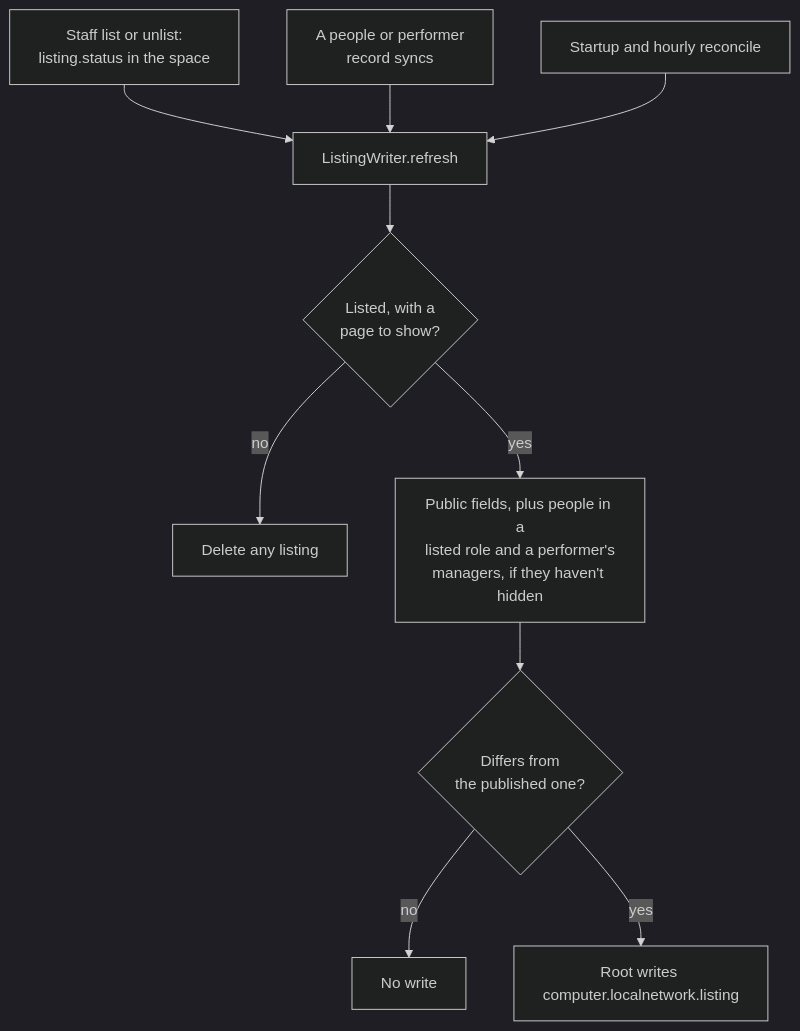
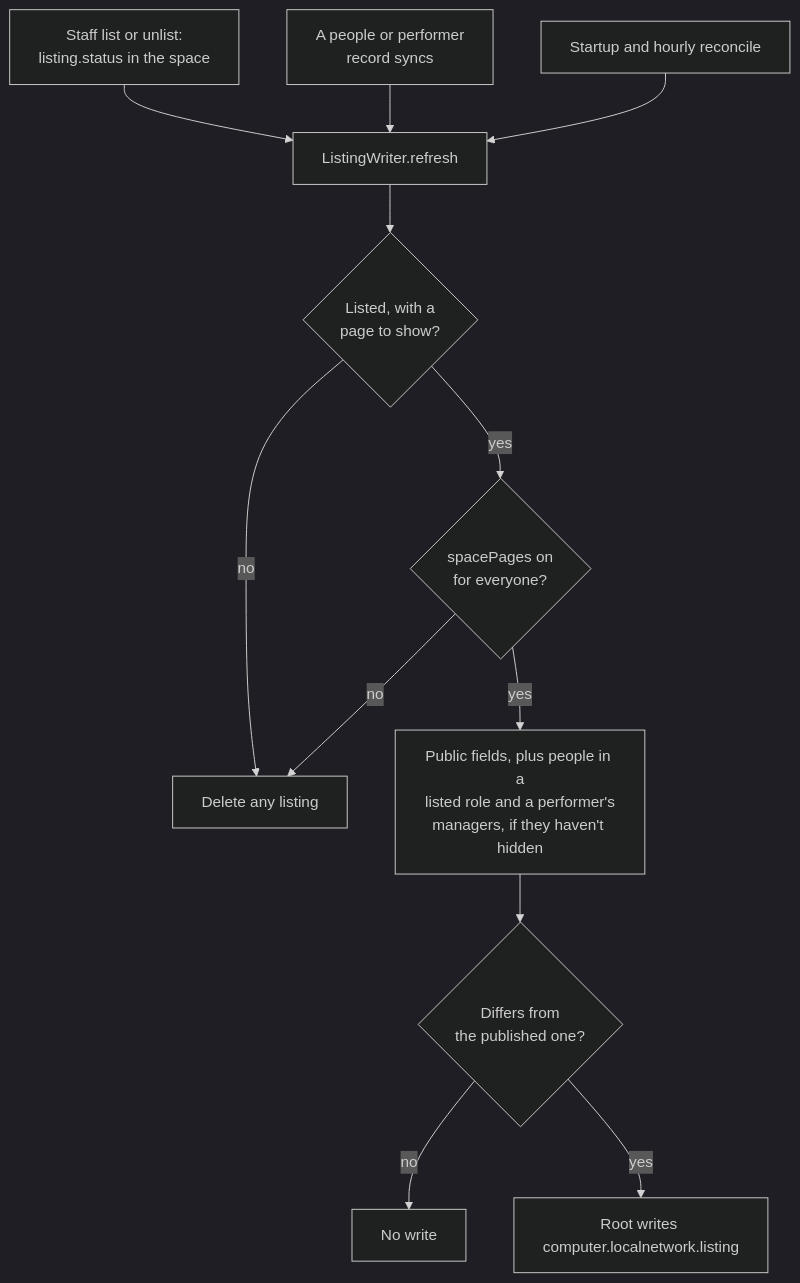
One commit to cutenode/localnetwork changed the eighth of 10 diagrams in apps/web/docs/diagrams/staff-and-upkeep.md. Above: the diagram before and after it, drawn with Mermaid (dark theme). The commit also changed other lines of this file, not shown here.

Commit message:
docs(web): show the spacePages gate in the public listings diagram
A listing is written only while spacePages is on for everyone, so the
diagram now has that branch.

Part of LOC-297

````diff
--- a/apps/web/docs/diagrams/staff-and-upkeep.md
+++ b/apps/web/docs/diagrams/staff-and-upkeep.md
@@ -165,12 +165,14 @@
 ```mermaid
 flowchart TD
   Status["Staff list or unlist:<br/>listing.status in the space"] --> Refresh["ListingWriter.refresh"]
   People["A people or performer<br/>record syncs"] --> Refresh
   Hourly["Startup and hourly reconcile"] --> Refresh
   Refresh --> Source{"Listed, with a<br/>page to show?"}
   Source -- "no" --> Delete["Delete any listing"]
-  Source -- "yes" --> Build["Public fields, plus people in a<br/>listed role and a performer's<br/>managers, if they haven't hidden"]
+  Source -- "yes" --> Flag{"spacePages on<br/>for everyone?"}
+  Flag -- "no" --> Delete
+  Flag -- "yes" --> Build["Public fields, plus people in a<br/>listed role and a performer's<br/>managers, if they haven't hidden"]
   Build --> Same{"Differs from<br/>the published one?"}
   Same -- "no" --> Skip["No write"]
   Same -- "yes" --> Put["Root writes computer.localnetwork.listing"]
 ```
````
